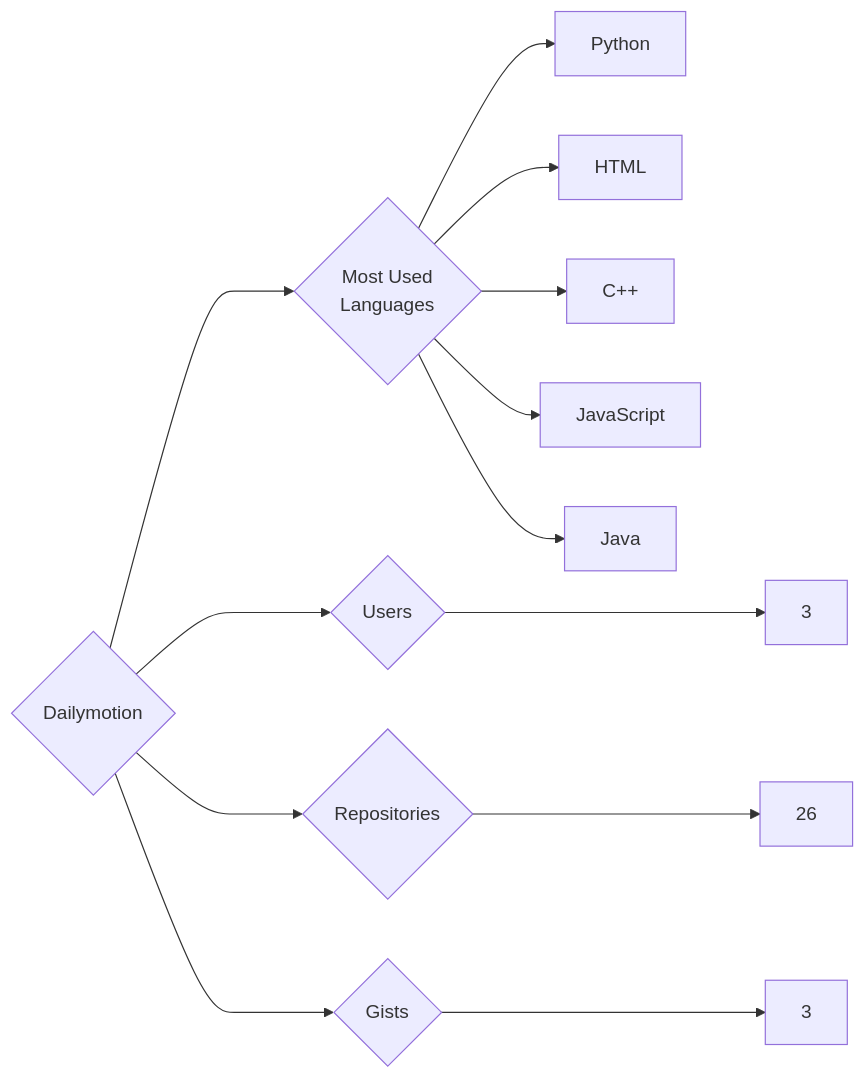
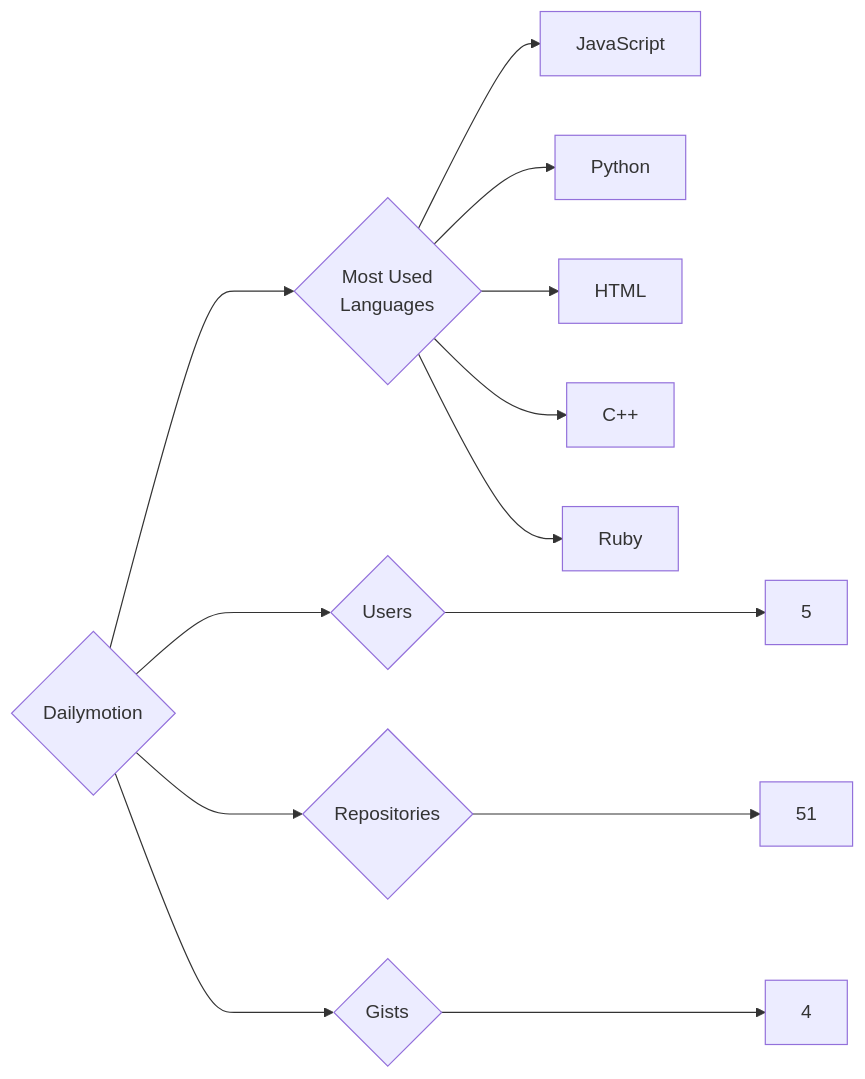
Before and after one commit to trickest/insiders: the diagram in targets/Dailymotion/README.md, drawn with Mermaid. The commit also changed 873 other files, not shown here.

````diff
--- a/targets/Dailymotion/README.md
+++ b/targets/Dailymotion/README.md
@@ -3,13 +3,13 @@
 ```mermaid
 graph LR
 COMPANY_NAME{Dailymotion}
-COMPANY_NAME ---> U{Users} ---> UN[3]
-COMPANY_NAME ---> R{Repositories} ---> RN[26]
-COMPANY_NAME ---> G{Gists} ---> GN[3]
+COMPANY_NAME ---> U{Users} ---> UN[5]
+COMPANY_NAME ---> R{Repositories} ---> RN[51]
+COMPANY_NAME ---> G{Gists} ---> GN[4]
 COMPANY_NAME ---> ML{Most Used<br>Languages}
+ML --> JavaScript[JavaScript]
 ML --> Python[Python]
 ML --> HTML[HTML]
 ML --> C++[C++]
-ML --> JavaScript[JavaScript]
-ML --> Java[Java]
+ML --> Ruby[Ruby]
 ```
````
